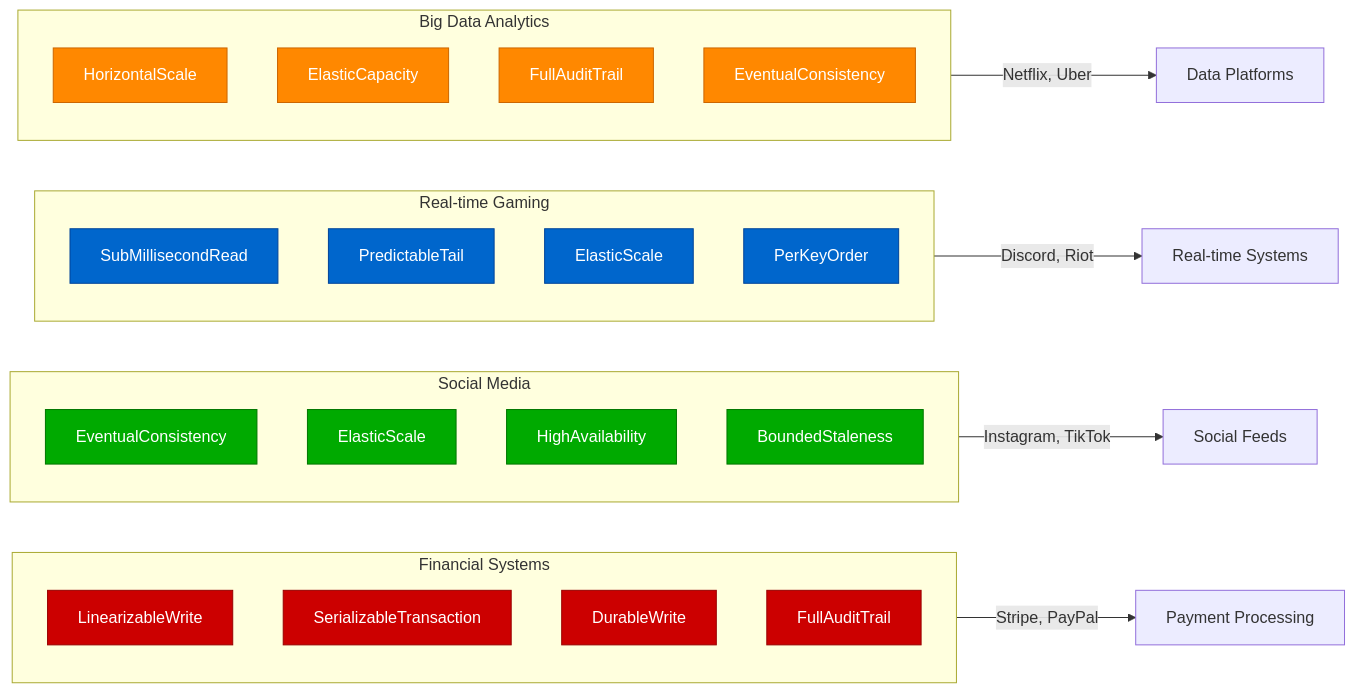
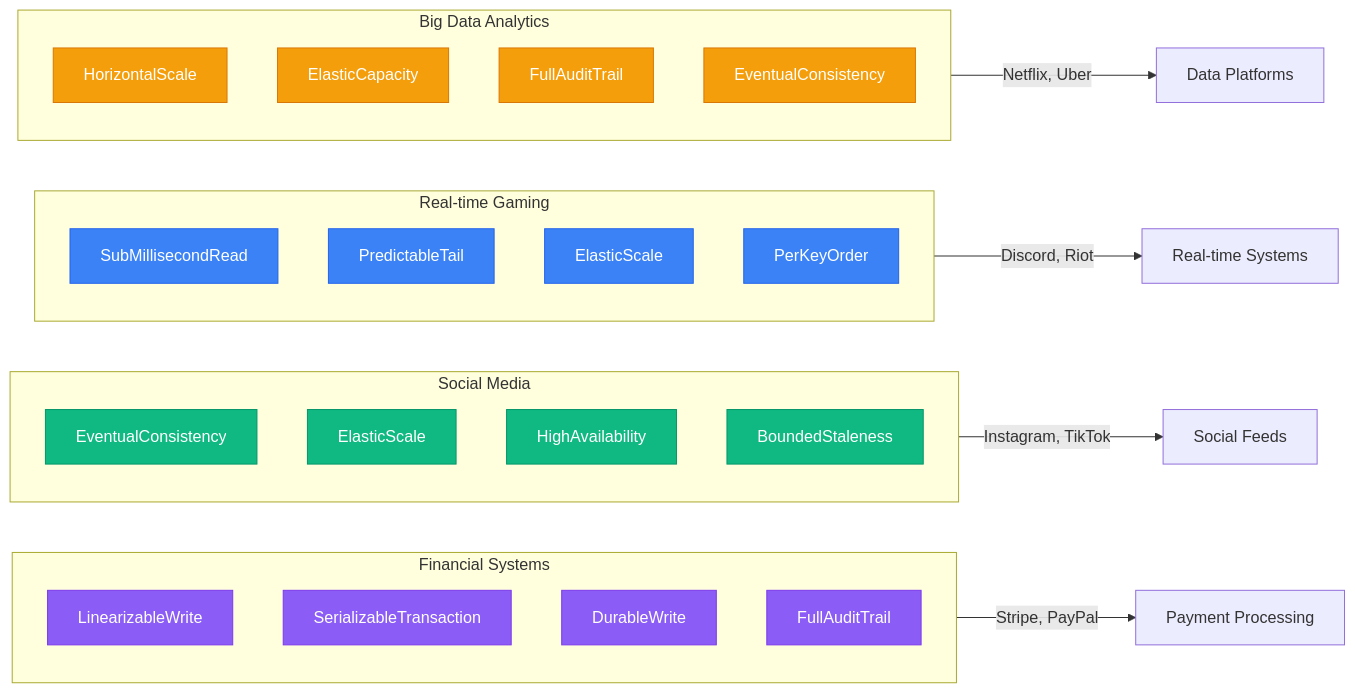
One commit to deepaucksharma/DS changed the third of 3 diagrams in site/docs/foundation/capabilities.md. Above: the diagram before and after it, drawn with Mermaid. The commit also changed other lines of this file and 303 other files, not shown here.

````diff
--- a/site/docs/foundation/capabilities.md
+++ b/site/docs/foundation/capabilities.md
@@ -88,47 +88,47 @@
 ```mermaid
 graph LR
     subgraph Financial["Financial Systems"]
         F1[LinearizableWrite]
         F2[SerializableTransaction]
         F3[DurableWrite]
         F4[FullAuditTrail]
     end
 
     subgraph Social["Social Media"]
         S1[EventualConsistency]
         S2[ElasticScale]
         S3[HighAvailability]
         S4[BoundedStaleness]
     end
 
     subgraph Gaming["Real-time Gaming"]
         G1[SubMillisecondRead]
         G2[PredictableTail]
         G3[ElasticScale]
         G4[PerKeyOrder]
     end
 
     subgraph Analytics["Big Data Analytics"]
         A1[HorizontalScale]
         A2[ElasticCapacity]
         A3[FullAuditTrail]
         A4[EventualConsistency]
     end
 
     %% Real examples
     Financial --> |Stripe, PayPal| Money[Payment Processing]
     Social --> |Instagram, TikTok| Feed[Social Feeds]
     Gaming --> |Discord, Riot| Realtime[Real-time Systems]
     Analytics --> |Netflix, Uber| Data[Data Platforms]
 
     %% Apply colors
-    classDef financialStyle fill:#CC0000,stroke:#990000,color:#fff
-    classDef socialStyle fill:#00AA00,stroke:#007700,color:#fff
-    classDef gamingStyle fill:#0066CC,stroke:#004499,color:#fff
-    classDef analyticsStyle fill:#FF8800,stroke:#CC6600,color:#fff
+    classDef financialStyle fill:#8B5CF6,stroke:#7C3AED,color:#fff
+    classDef socialStyle fill:#10B981,stroke:#059669,color:#fff
+    classDef gamingStyle fill:#3B82F6,stroke:#2563EB,color:#fff
+    classDef analyticsStyle fill:#F59E0B,stroke:#D97706,color:#fff
 
     class F1,F2,F3,F4 financialStyle
     class S1,S2,S3,S4 socialStyle
     class G1,G2,G3,G4 gamingStyle
     class A1,A2,A3,A4 analyticsStyle
 ```
````
